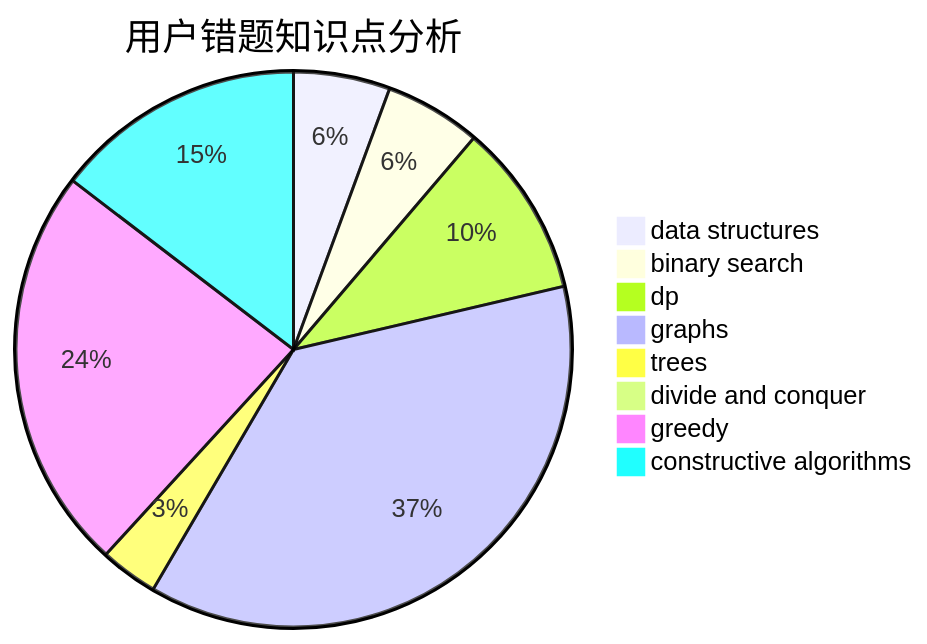
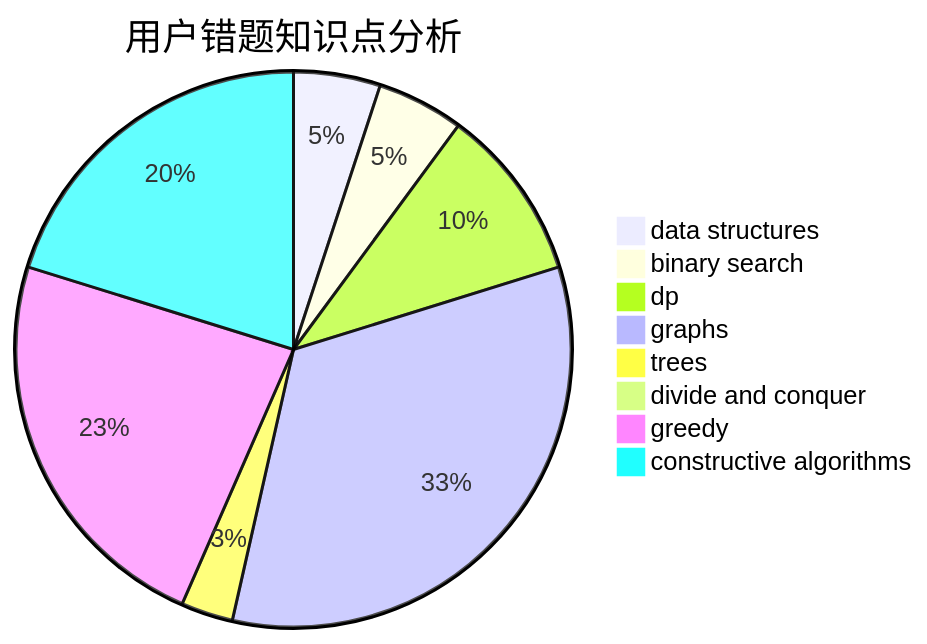
One commit to sherpahu/cfrs.github.io changed the third of 3 diagrams in docs/user/u1965.md. Above: the diagram before and after it, drawn with Mermaid. The commit also changed other lines of this file and 2770 other files, not shown here.

````diff
--- a/docs/user/u1965.md
+++ b/docs/user/u1965.md
@@ -36,11 +36,11 @@
 ```mermaid
 pie title 用户错题知识点分析
     "data structures" :  5
     "binary search" :  5
-    "dp" :  9
+    "dp" :  10
     "graphs" :  33
     "trees" :  3
     "divide and conquer" :  0
-    "greedy" :  21
-    "constructive algorithms" :  13
+    "greedy" :  23
+    "constructive algorithms" :  20
 ```
````
